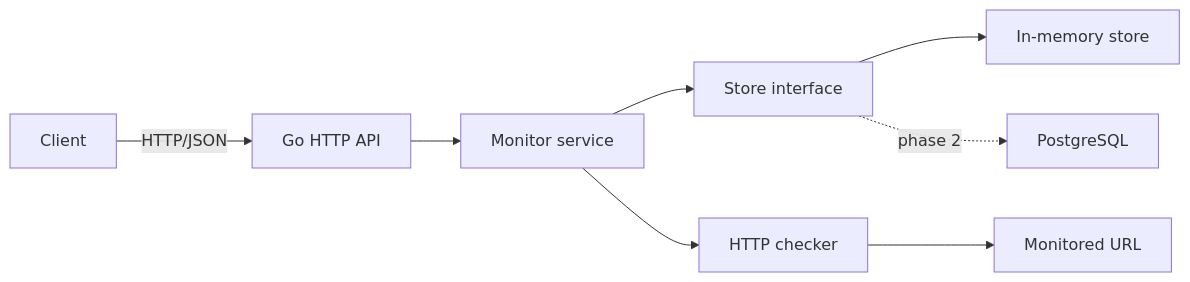
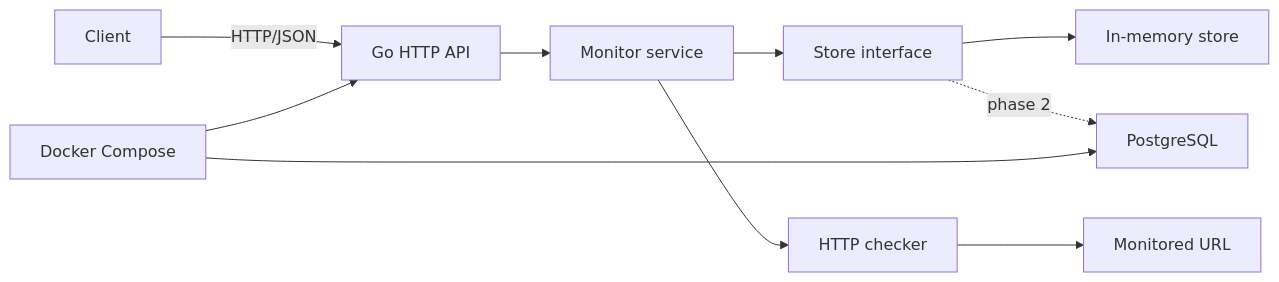
Before and after one commit to Nosk0v/pulsewatch: the diagram in docs/architecture.md, drawn with Mermaid. The commit also changed other lines of this file and 4 other files, not shown here.

````diff
--- a/docs/architecture.md
+++ b/docs/architecture.md
@@ -3,10 +3,12 @@
 ```mermaid
 flowchart LR
     Client -->|HTTP/JSON| API[Go HTTP API]
     API --> Service[Monitor service]
     Service --> Store[Store interface]
     Store --> Memory[In-memory store]
     Store -. phase 2 .-> PostgreSQL
     Service --> Checker[HTTP checker]
     Checker --> Target[Monitored URL]
+    Docker[Docker Compose] --> API
+    Docker --> PostgreSQL
 ```
````
